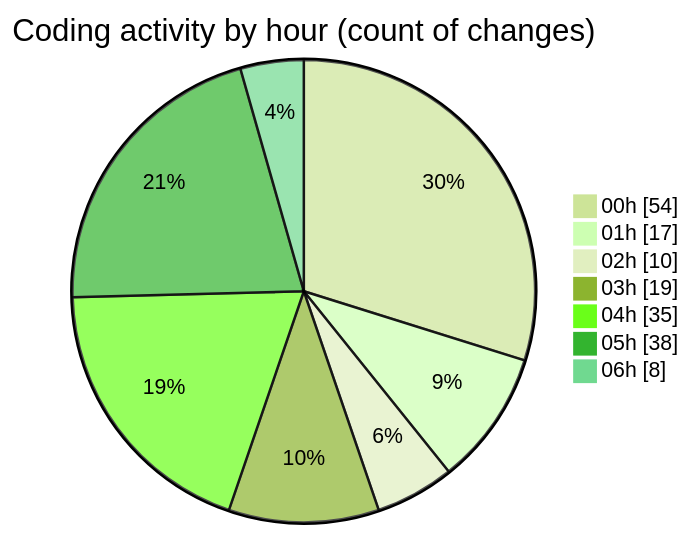
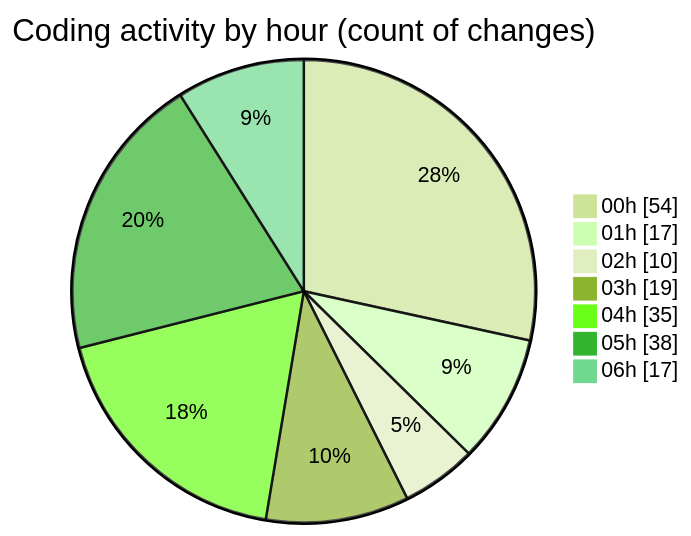
Before and after one commit to lephambinh05/code-tracking: the second of 2 diagrams in 2025-07-26/quanlyrapchieuphim-1/README.md, drawn with Mermaid (forest theme). The commit also changed other lines of this file and 1 other file, not shown here.

````diff
--- a/2025-07-26/quanlyrapchieuphim-1/README.md
+++ b/2025-07-26/quanlyrapchieuphim-1/README.md
@@ -53,11 +53,11 @@
 ```mermaid
 pie showData
 title Coding activity by hour (count of changes)
 "00h" : 54
 "01h" : 17
 "02h" : 10
 "03h" : 19
 "04h" : 35
 "05h" : 38
-"06h" : 8
+"06h" : 17
 ```
````
